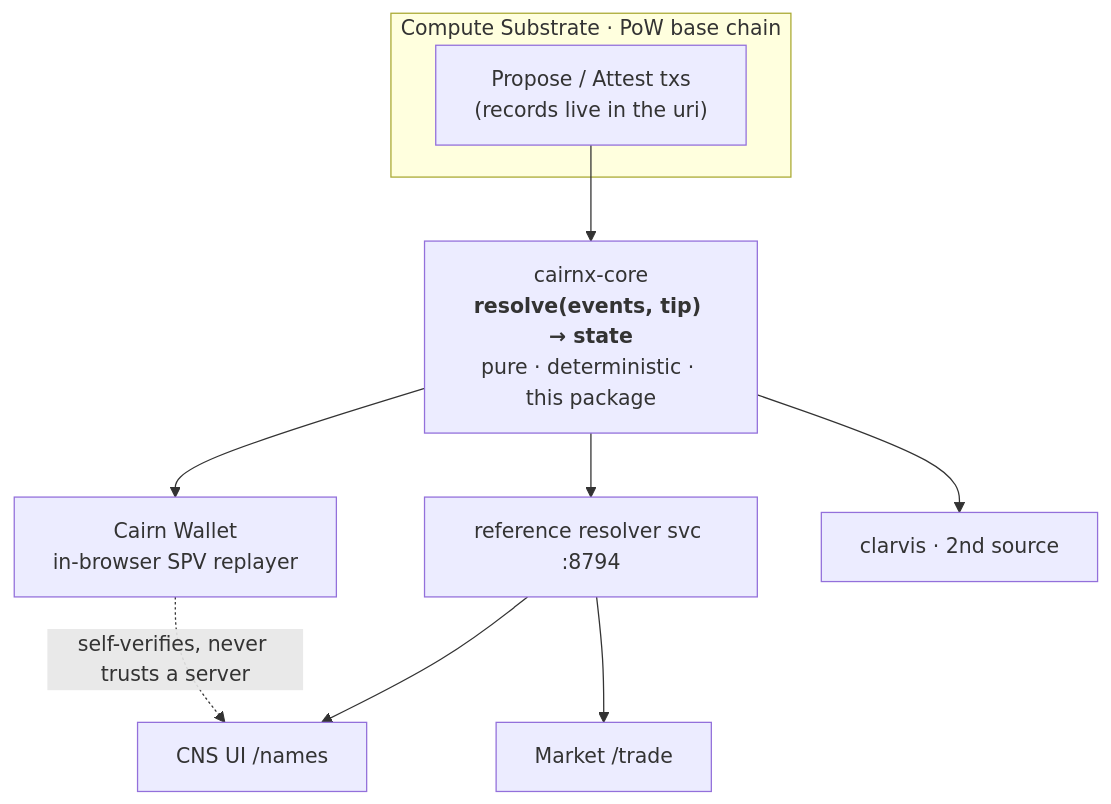
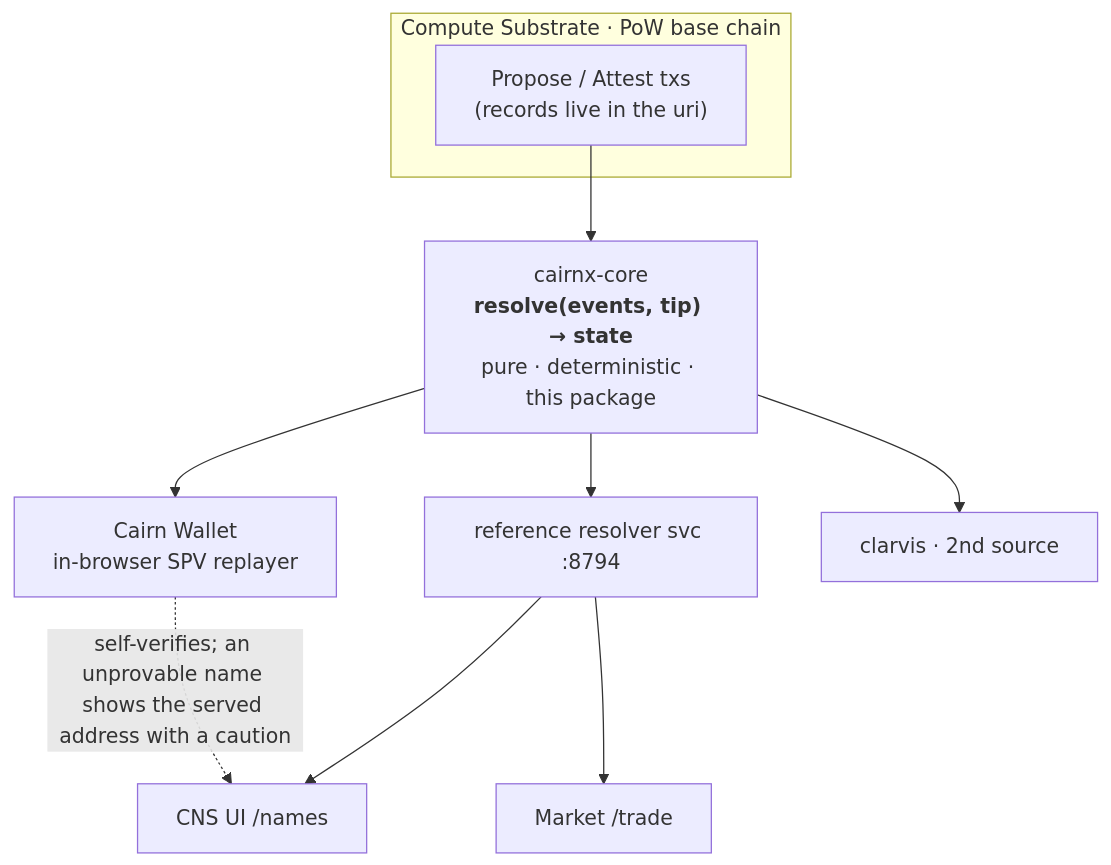
The first of 4 diagrams in packages/cairnx/README.md (InverseAltruism/csd-sdk), drawn with Mermaid before and after one commit. The commit also changed other lines of this file, not shown here.

First line of the commit message:
cairnx-core README: the wallet's self-verification and the overlay's funds safety, qualified (review, Codex 3rd read point 5)

````diff
--- a/packages/cairnx/README.md
+++ b/packages/cairnx/README.md
@@ -59,16 +59,16 @@
 ```mermaid
 flowchart TD
   subgraph BASE["Compute Substrate · PoW base chain"]
     TX["Propose / Attest txs<br/>(records live in the uri)"]
   end
   CORE["cairnx-core<br/><b>resolve(events, tip) → state</b><br/>pure · deterministic · this package"]
   W["Cairn Wallet<br/>in-browser SPV replayer"]
   G["reference resolver svc :8794"]
   CL["clarvis · 2nd source"]
   UIN["CNS UI /names"]
   UIT["Market /trade"]
   TX --> CORE
   CORE --> W & G & CL
   G --> UIN & UIT
-  W -. "self-verifies, never trusts a server" .-> UIN
+  W -. "self-verifies; an unprovable name shows the served address with a caution" .-> UIN
 ```
````
